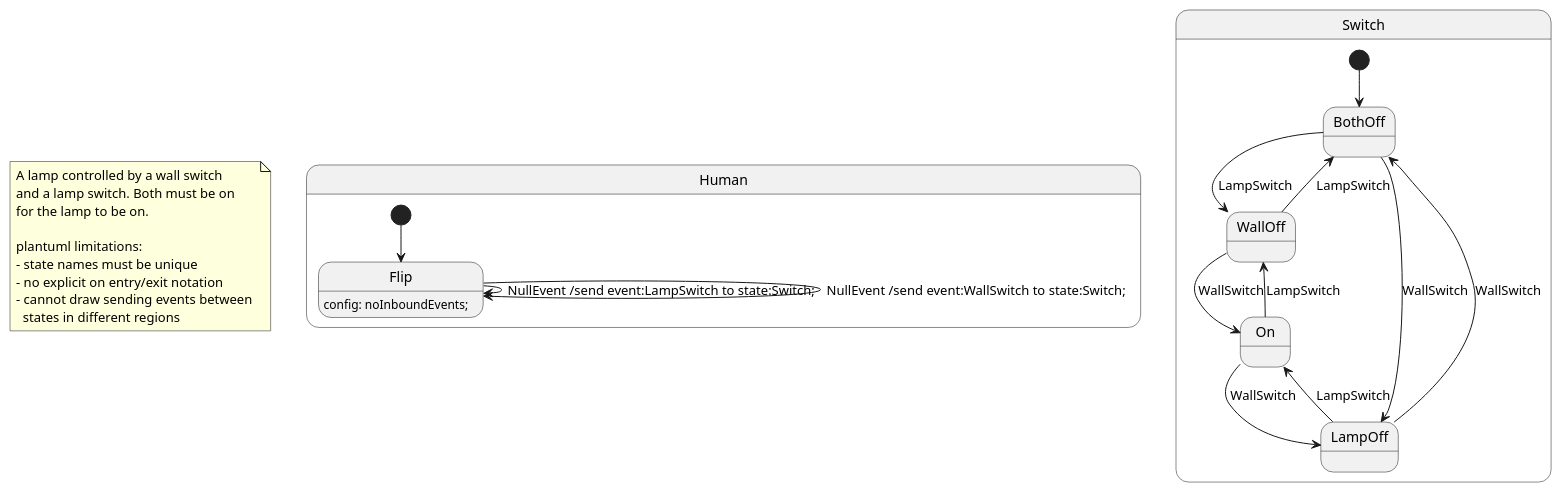
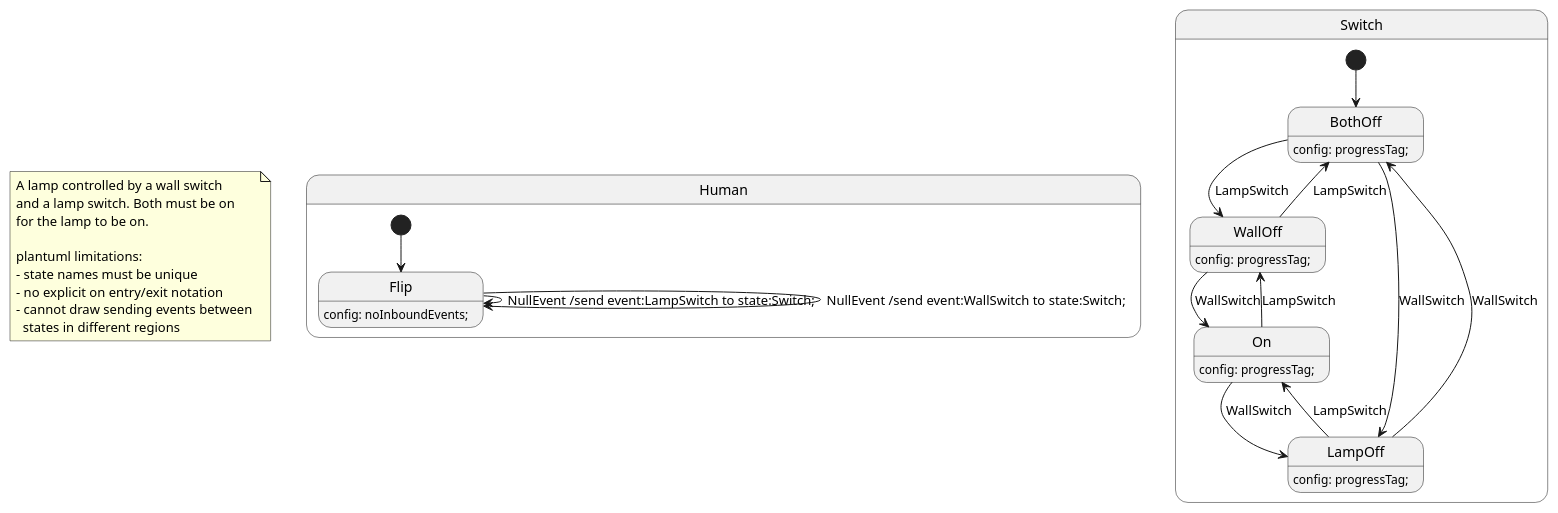
One commit to melintea/upml changed the diagram in plantuml/switch/switch.plantuml. Above: the diagram before and after it, drawn with PlantUML. The commit also changed 5 other files, not shown here.

Commit message:
non-progress checks: progressTag

```diff
--- a/plantuml/switch/switch.plantuml
+++ b/plantuml/switch/switch.plantuml
@@ -1,45 +1,50 @@
 @startuml
 
 note as N1
   A lamp controlled by a wall switch
   and a lamp switch. Both must be on
   for the lamp to be on.
 
   plantuml limitations:
   - state names must be unique
   - no explicit on entry/exit notation
   - cannot draw sending events between 
     states in different regions
 end note
 
 
 
 state Human {
 
 [*] --> Flip
 Flip: config: noInboundEvents;
 Flip --> Flip : NullEvent /send event:LampSwitch to state:Switch;
 Flip --> Flip : NullEvent /send event:WallSwitch to state:Switch;
 
 }
 
 
 
 state Switch {
 
 [*] --> BothOff
+BothOff: config: progressTag;
 BothOff --> WallOff : LampSwitch
 WallOff --> BothOff : LampSwitch
 
 BothOff --> LampOff : WallSwitch
 LampOff --> BothOff : WallSwitch
 
+WallOff: config: progressTag;
 WallOff --> On : WallSwitch
 On --> WallOff : LampSwitch
 
+LampOff: config: progressTag;
 LampOff --> On : LampSwitch
+
+On: config: progressTag;
 On --> LampOff : WallSwitch
 
 }
 
 @enduml
```
